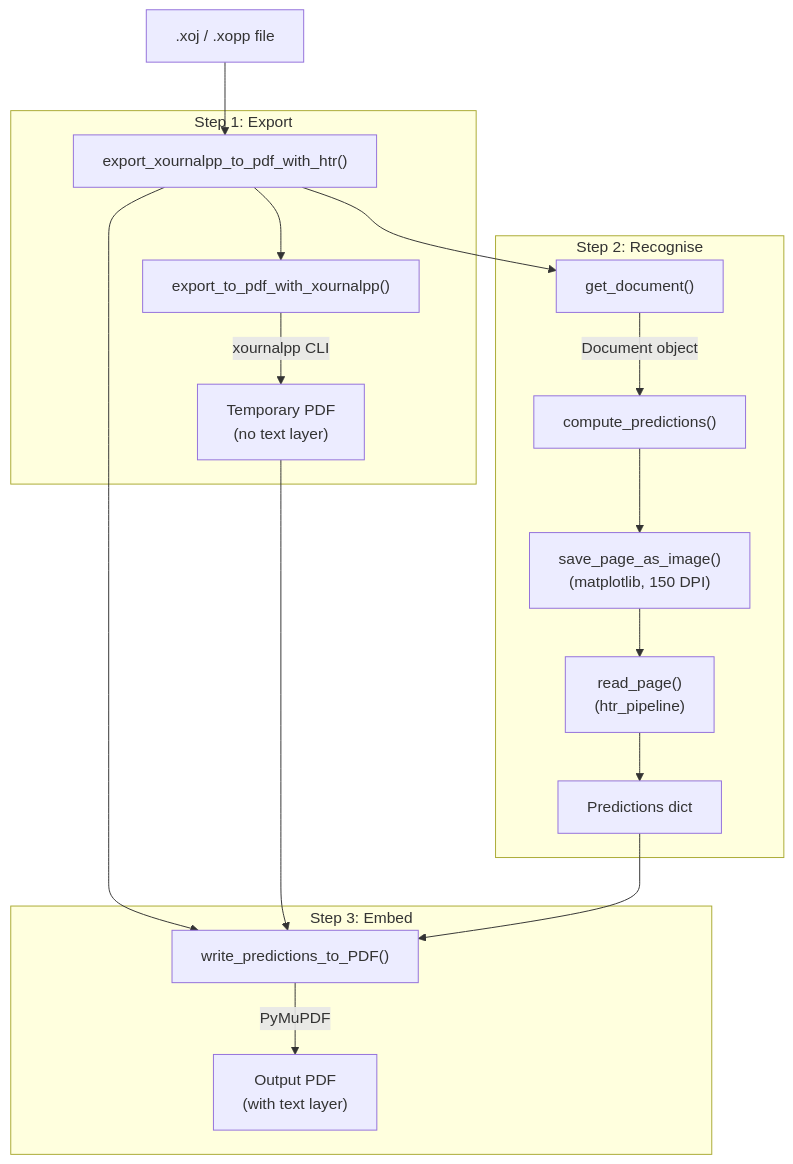
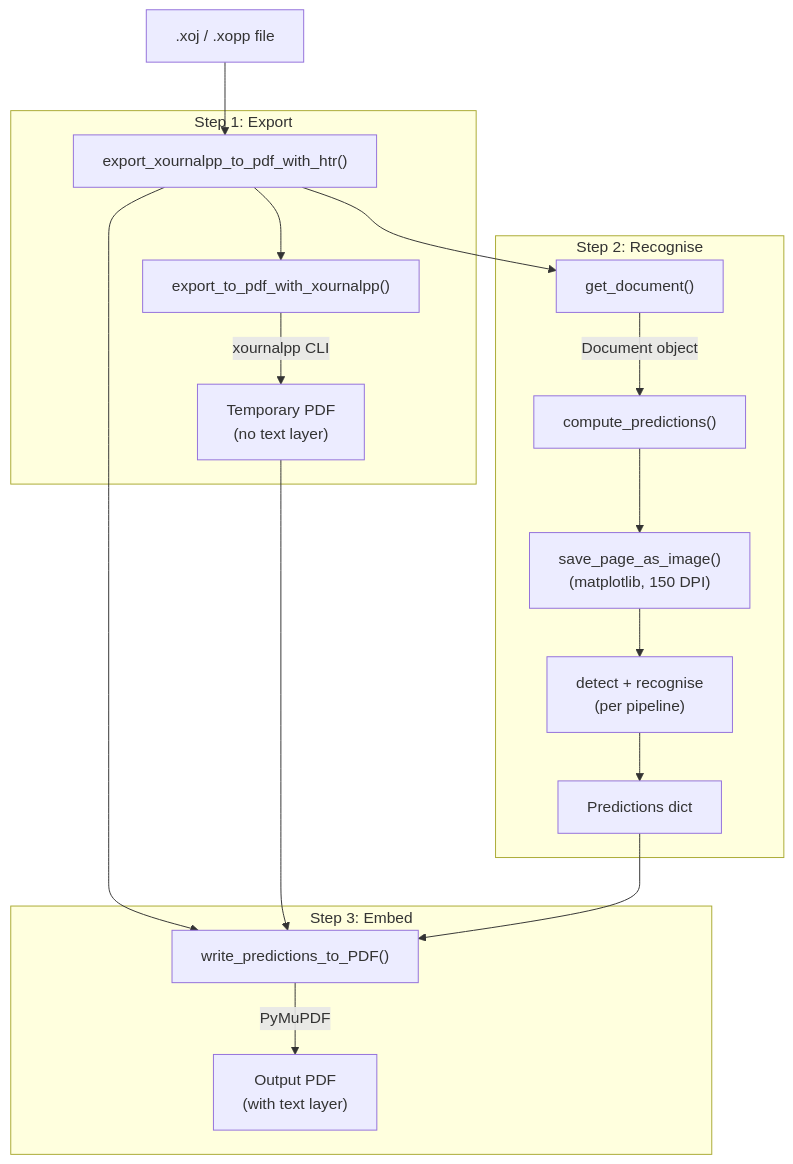
The second of 2 diagrams in docs/architecture.md (PellelNitram/xournalpp_htr), drawn with Mermaid before and after one commit. The commit also changed other lines of this file, not shown here.

Commit message:
Update the architecture docs for the current pipelines. [CC]

````diff
--- a/docs/architecture.md
+++ b/docs/architecture.md
@@ -44,24 +44,24 @@
 ```mermaid
 graph TD
     INPUT[".xoj / .xopp file"] --> PIPELINE["export_xournalpp_to_pdf_with_htr()"]
 
     subgraph "Step 1: Export"
         PIPELINE --> S1["export_to_pdf_with_xournalpp()"]
         S1 -->|"xournalpp CLI"| TMP["Temporary PDF<br/>(no text layer)"]
     end
 
     subgraph "Step 2: Recognise"
         PIPELINE --> DOC["get_document()"]
         DOC -->|"Document object"| CP["compute_predictions()"]
         CP --> RENDER["save_page_as_image()<br/>(matplotlib, 150 DPI)"]
-        RENDER --> HTR["read_page()<br/>(htr_pipeline)"]
+        RENDER --> HTR["detect + recognise<br/>(per pipeline)"]
         HTR --> PRED["Predictions dict"]
     end
 
     subgraph "Step 3: Embed"
         PIPELINE --> WRITE["write_predictions_to_PDF()"]
         TMP --> WRITE
         PRED --> WRITE
         WRITE -->|"PyMuPDF"| OUT["Output PDF<br/>(with text layer)"]
     end
 ```
````
